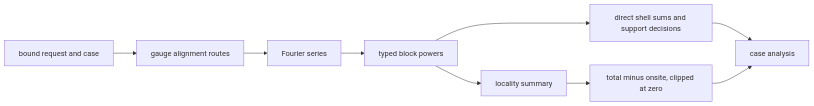
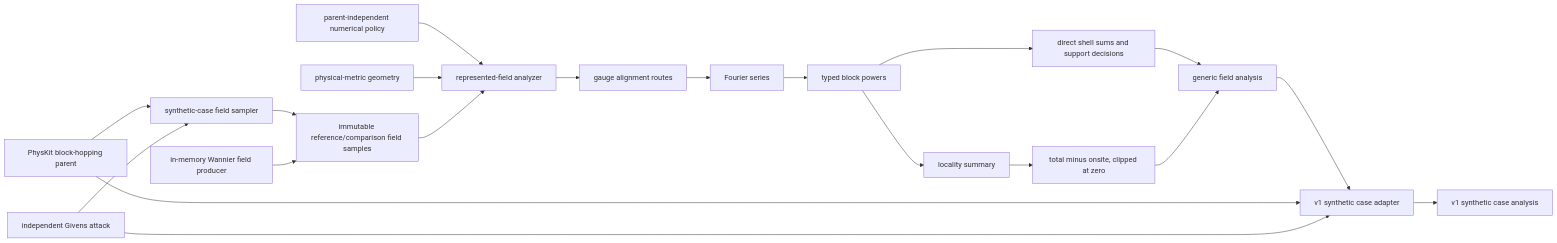
One commit to eragasa/ksdft2effmass changed the diagram in docs/architecture/v3/ksdft2effmass/periodic3d/rankN/band_equivalence_hopping_locality/analysis/Periodic3DRankNBandEquivalenceHoppingLocalityCaseAnalyzer/schematics.md. Above: the diagram before and after it, drawn with Mermaid. The commit also changed other lines of this file and 181 other files, not shown here.

````diff
--- a/docs/architecture/v3/ksdft2effmass/periodic3d/rankN/band_equivalence_hopping_locality/analysis/Periodic3DRankNBandEquivalenceHoppingLocalityCaseAnalyzer/schematics.md
+++ b/docs/architecture/v3/ksdft2effmass/periodic3d/rankN/band_equivalence_hopping_locality/analysis/Periodic3DRankNBandEquivalenceHoppingLocalityCaseAnalyzer/schematics.md
@@ -3,11 +3,22 @@
 ```mermaid
 flowchart LR
-    R[bound request and case] --> A[gauge alignment routes]
-    A --> F[Fourier series]
+    B[PhysKit block-hopping parent] --> C[synthetic-case field sampler]
+    G[independent Givens attack] --> C
+    C --> X[immutable reference/comparison field samples]
+    W[in-memory Wannier field producer] --> X
+    N[parent-independent numerical policy] --> A[represented-field analyzer]
+    M[physical-metric geometry] --> A
+    X --> A
+    A --> U[gauge alignment routes]
+    U --> F[Fourier series]
     F --> P[typed block powers]
-    P --> S[direct shell sums and support decisions]
+    P --> Q[direct shell sums and support decisions]
     P --> L[locality summary]
-    L --> D[total minus onsite, clipped at zero]
-    S --> C[case analysis]
-    D --> C
+    L --> R[total minus onsite, clipped at zero]
+    Q --> Y[generic field analysis]
+    R --> Y
+    Y --> V[v1 synthetic case adapter]
+    B --> V
+    G --> V
+    V --> O[v1 synthetic case analysis]
 ```
````
